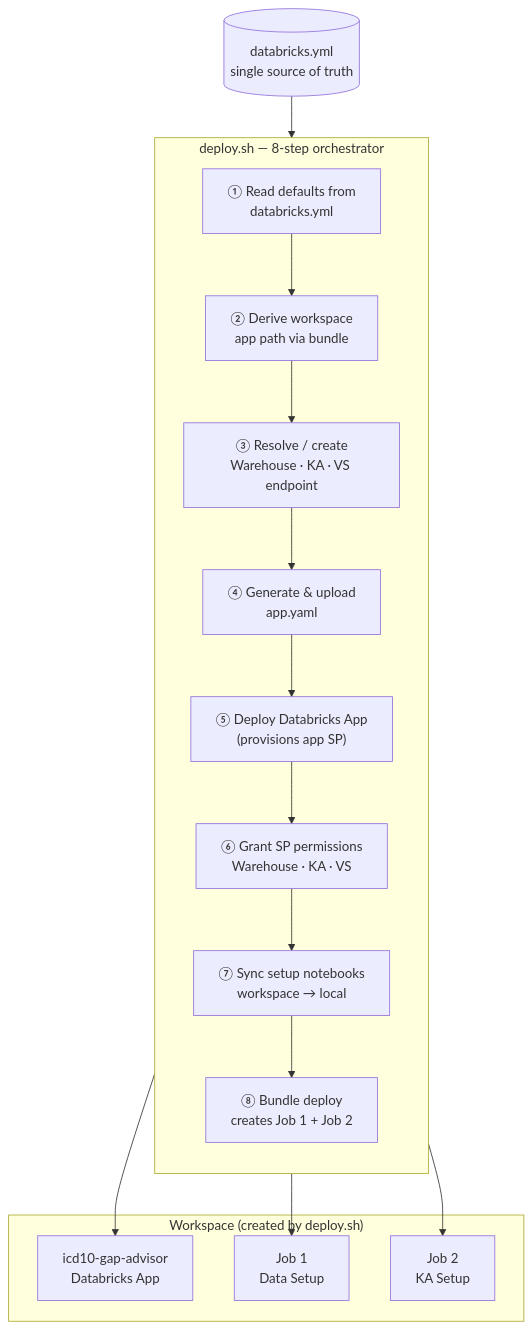
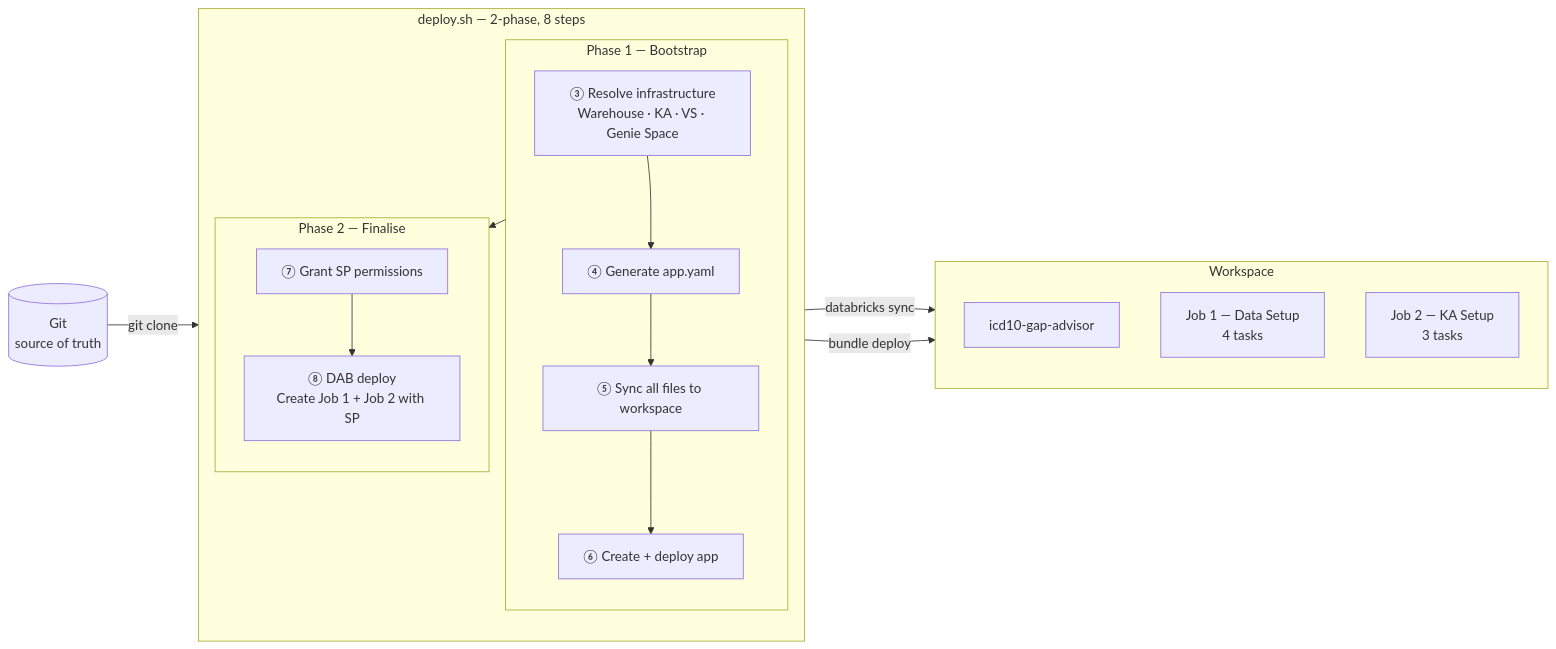
One commit to kuldeep-in/icd10-gapanalysis-demo changed the second of 3 diagrams in README.md. Above: the diagram before and after it, drawn with Mermaid. The commit also changed other lines of this file and 5 other files, not shown here.

````diff
--- a/README.md
+++ b/README.md
@@ -57,26 +64,31 @@
 ```mermaid
-flowchart TD
-    DYML[("databricks.yml\nsingle source of truth")]
+flowchart LR
+    GIT[("Git\nsource of truth")]
 
-    subgraph DS["deploy.sh  —  8-step orchestrator"]
+    subgraph DS["deploy.sh — 2-phase, 8 steps"]
         direction TB
-        S1["① Read defaults from\ndatabricks.yml"]
-        S2["② Derive workspace\napp path via bundle"]
-        S3["③ Resolve / create\nWarehouse · KA · VS endpoint"]
-        S4["④ Generate & upload\napp.yaml"]
-        S5["⑤ Deploy Databricks App\n(provisions app SP)"]
-        S6["⑥ Grant SP permissions\nWarehouse · KA · VS"]
-        S7["⑦ Sync setup notebooks\nworkspace → local"]
-        S8["⑧ Bundle deploy\ncreates Job 1 + Job 2"]
+        subgraph P1["Phase 1 — Bootstrap"]
+            S3["③ Resolve infrastructure\nWarehouse · KA · VS · Genie Space"]
+            S4["④ Generate app.yaml"]
+            S5["⑤ Sync all files to workspace"]
+            S6["⑥ Create + deploy app"]
+            S3 --> S4 --> S5 --> S6
+        end
+        subgraph P2["Phase 2 — Finalise"]
+            S7["⑦ Grant SP permissions"]
+            S8["⑧ DAB deploy\nCreate Job 1 + Job 2 with SP"]
+            S7 --> S8
+        end
+        P1 --> P2
     end
 
-    subgraph WS["Workspace (created by deploy.sh)"]
-        APP["icd10-gap-advisor\nDatabricks App"]
-        J1["Job 1\nData Setup"]
-        J2["Job 2\nKA Setup"]
+    GIT -->|"git clone"| DS
+    S5 -->|"databricks sync"| WS
+    S8 -->|"bundle deploy"| WS
+
+    subgraph WS["Workspace"]
+        APP["icd10-gap-advisor"]
+        J1["Job 1 — Data Setup\n4 tasks"]
+        J2["Job 2 — KA Setup\n3 tasks"]
     end
-
-    DYML --> S1 --> S2 --> S3 --> S4 --> S5 --> S6 --> S7 --> S8
-    S5 --> APP
-    S8 --> J1 & J2
 ```
````
